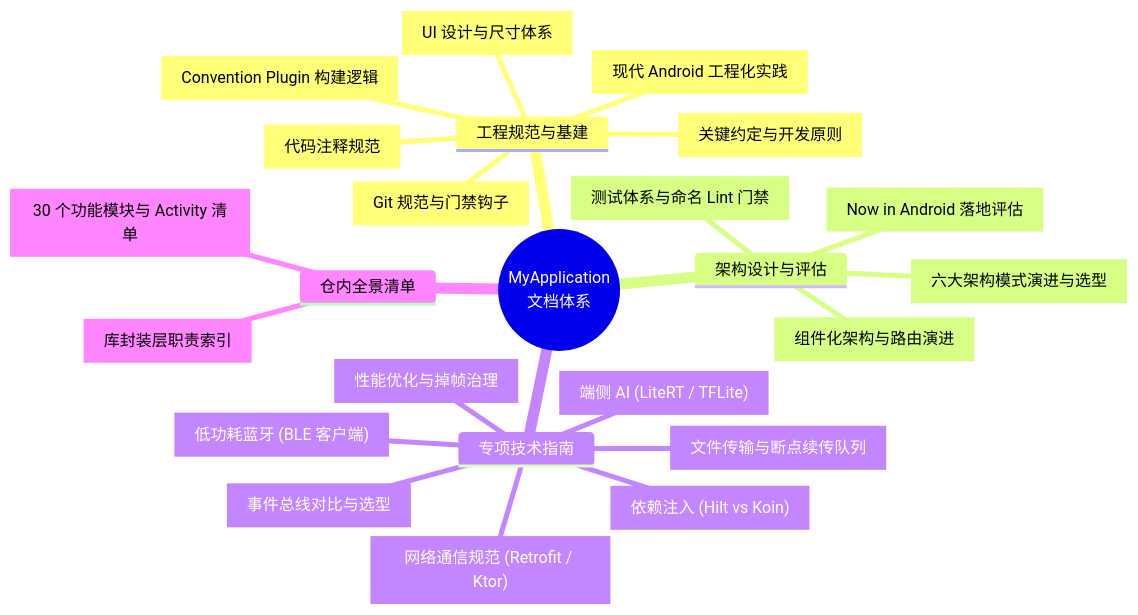
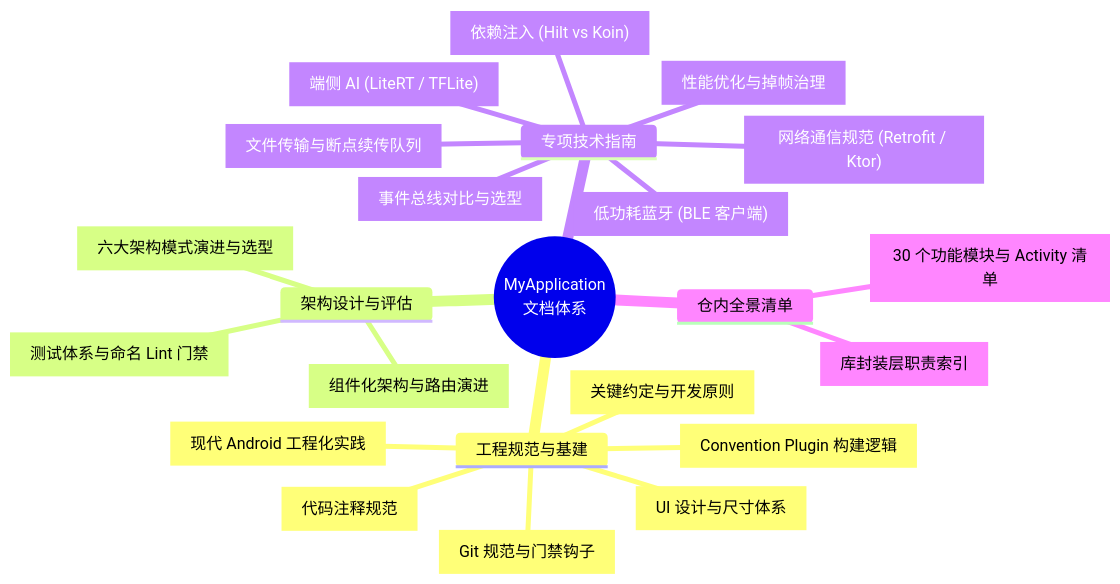
Before and after one commit to wuwei94/MyApplication: the diagram in docs/README.md, drawn with Mermaid. The commit also changed other lines of this file and 64 other files, not shown here.

````diff
--- a/docs/README.md
+++ b/docs/README.md
@@ -10,27 +10,26 @@
 ```mermaid
 mindmap
   root((MyApplication<br/>文档体系))
     工程规范与基建
       conventions.md["关键约定与开发原则"]
       comments.md["代码注释规范"]
       design.md["UI 设计与尺寸体系"]
       git.md["Git 规范与门禁钩子"]
       build-logic.md["Convention Plugin 构建逻辑"]
       engineering.md["现代 Android 工程化实践"]
     架构设计与评估
       architecture.md["六大架构模式演进与选型"]
       modularization.md["组件化架构与路由演进"]
-      nia-adoption.md["Now in Android 落地评估"]
       testing.md["测试体系与命名 Lint 门禁"]
     专项技术指南
       network.md["网络通信规范 (Retrofit / Ktor)"]
       transfer.md["文件传输与断点续传队列"]
       bluetooth.md["低功耗蓝牙 (BLE 客户端)"]
       di.md["依赖注入 (Hilt vs Koin)"]
       event.md["事件总线对比与选型"]
       ml.md["端侧 AI (LiteRT / TFLite)"]
       performance.md["性能优化与掉帧治理"]
     仓内全景清单
       modules.md["30 个功能模块与 Activity 清单"]
       libs.md["库封装层职责索引"]
 ```
````
